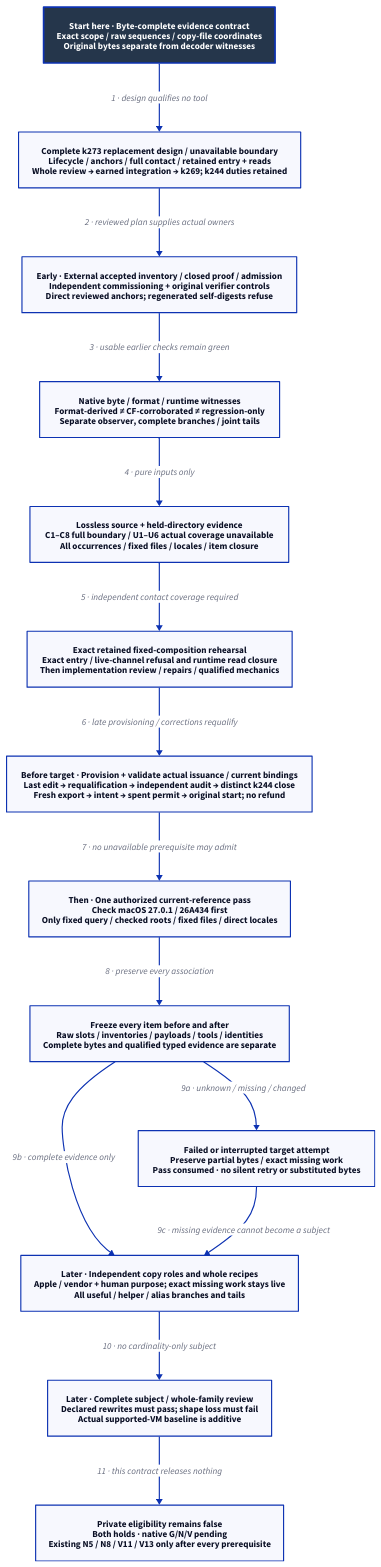
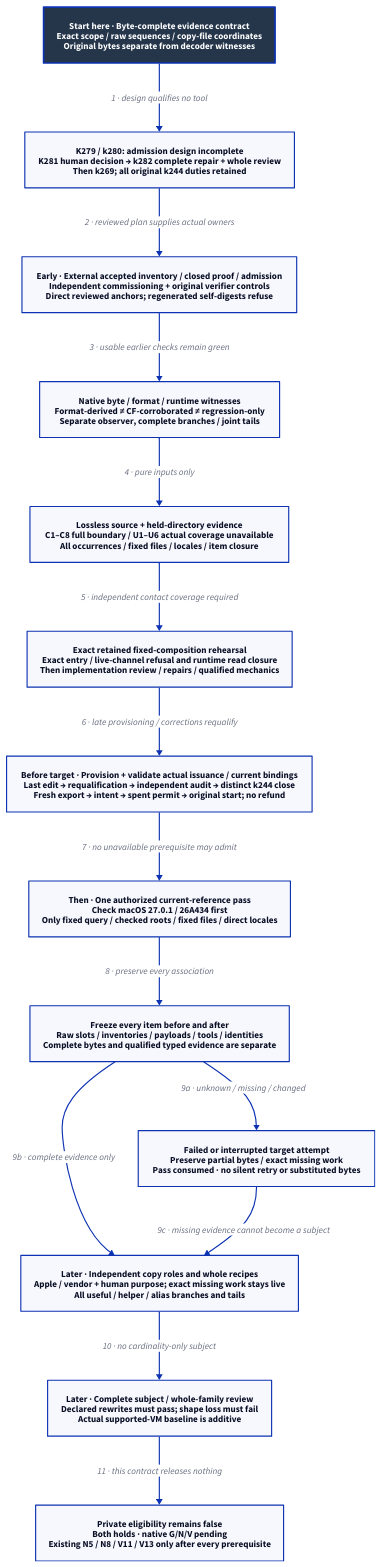
One commit to Linkuistics/Koine changed the diagram in docs/design/architecture/native-reference-evidence.d2. Above: the diagram before and after it, drawn with D2. The commit also changed 51 other files, not shown here.

Commit message:
Integrate admission review, repair profile/RPC/supervision/export contracts, and place decision/design work before construction (reference-evidence-admission-repair-k280)

```diff
--- a/docs/design/architecture/native-reference-evidence.d2
+++ b/docs/design/architecture/native-reference-evidence.d2
@@ -1,31 +1,31 @@
 # Admission repair design; mandatory review and replanning precede unbuilt qualification.
 direction: down
 classes: {
   start: {style: {fill: "#25364B"; font-color: "#FFFFFF"; bold: true; stroke-width: 3}}
 }
 Start: "Start here · Byte-complete evidence contract\nExact scope / raw sequences / copy-file coordinates\nOriginal bytes separate from decoder witnesses" {class: start}
-Plan: "Complete k273 replacement design / unavailable boundary\nLifecycle / anchors / full contact / retained entry + reads\nWhole review → earned integration → k269; k244 duties retained"
+Plan: "K279 / k280: admission design incomplete\nK281 human decision → k282 complete repair + whole review\nThen k269; all original k244 duties retained"
 Replay: "Early · External accepted inventory / closed proof / admission\nIndependent commissioning + original verifier controls\nDirect reviewed anchors; regenerated self-digests refuse"
 Decode: "Native byte / format / runtime witnesses\nFormat-derived ≠ CF-corroborated ≠ regression-only\nSeparate observer, complete branches / joint tails"
 Source: "Lossless source + held-directory evidence\nC1–C8 full boundary / U1–U6 actual coverage unavailable\nAll occurrences / fixed files / locales / item closure"
 Pure: "Exact retained fixed-composition rehearsal\nExact entry / live-channel refusal and runtime read closure\nThen implementation review / repairs / qualified mechanics"
 Authority: "Before target · Provision + validate actual issuance / current bindings\nLast edit → requalification → independent audit → distinct k244 close\nFresh export → intent → spent permit → original start; no refund"
 Pass: "Then · One authorized current-reference pass\nCheck macOS 27.0.1 / 26A434 first\nOnly fixed query / checked roots / fixed files / direct locales"
 Closure: "Freeze every item before and after\nRaw slots / inventories / payloads / tools / identities\nComplete bytes and qualified typed evidence are separate"
 Failed: "Failed or interrupted target attempt\nPreserve partial bytes / exact missing work\nPass consumed · no silent retry or substituted bytes"
 Roles: "Later · Independent copy roles and whole recipes\nApple / vendor + human purpose; exact missing work stays live\nAll useful / helper / alias branches and tails"
 Review: "Later · Complete subject / whole-family review\nDeclared rewrites must pass; shape loss must fail\nActual supported-VM baseline is additive"
 Hold: "Private eligibility remains false\nBoth holds · native G/N/V pending\nExisting N5 / N8 / V11 / V13 only after every prerequisite"
 Start -> Plan: "1 · design qualifies no tool"
 Plan -> Replay: "2 · reviewed plan supplies actual owners"
 Replay -> Decode: "3 · usable earlier checks remain green"
 Decode -> Source: "4 · pure inputs only"
 Source -> Pure: "5 · independent contact coverage required"
 Pure -> Authority: "6 · late provisioning / corrections requalify"
 Authority -> Pass: "7 · no unavailable prerequisite may admit"
 Pass -> Closure: "8 · preserve every association"
 Closure -> Failed: "9a · unknown / missing / changed"
 Closure -> Roles: "9b · complete evidence only"
 Failed -> Roles: "9c · missing evidence cannot become a subject"
 Roles -> Review: "10 · no cardinality-only subject"
 Review -> Hold: "11 · this contract releases nothing"
```
